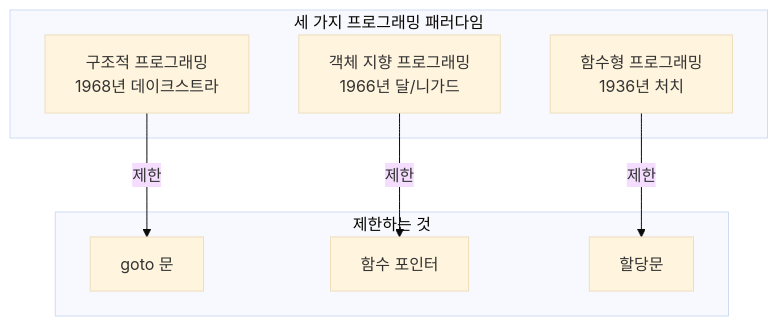
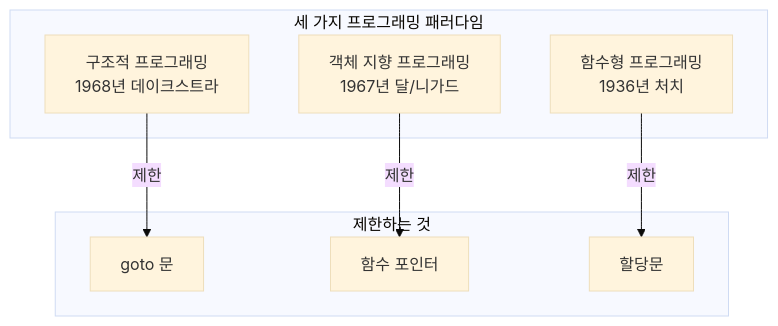
The second of 3 diagrams in content/collection/cleanarchitecture/09-programming-paradigms-introduction/index.md (42jerrykim/42jerrykim.github.io), drawn with Mermaid (base theme) before and after one commit. The commit also changed other lines of this file and 4 other files, not shown here.

````diff
--- a/content/collection/cleanarchitecture/09-programming-paradigms-introduction/index.md
+++ b/content/collection/cleanarchitecture/09-programming-paradigms-introduction/index.md
@@ -111,18 +111,18 @@
 ```mermaid
 flowchart TB
     subgraph Paradigms [세 가지 프로그래밍 패러다임]
         SP[구조적 프로그래밍<br/>1968년 데이크스트라]
-        OOP[객체 지향 프로그래밍<br/>1966년 달/니가드]
+        OOP[객체 지향 프로그래밍<br/>1967년 달/니가드]
         FP[함수형 프로그래밍<br/>1936년 처치]
     end
     
     subgraph Restrictions [제한하는 것]
         R1[goto 문]
         R2[함수 포인터]
         R3[할당문]
     end
     
     SP -->|제한| R1
     OOP -->|제한| R2
     FP -->|제한| R3
 ```
````
